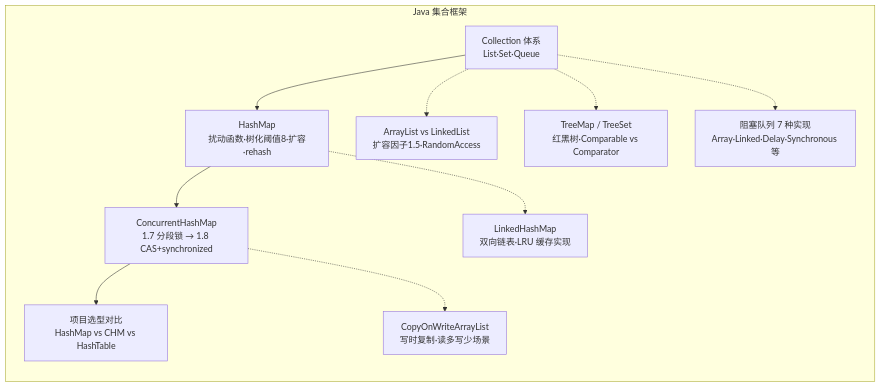
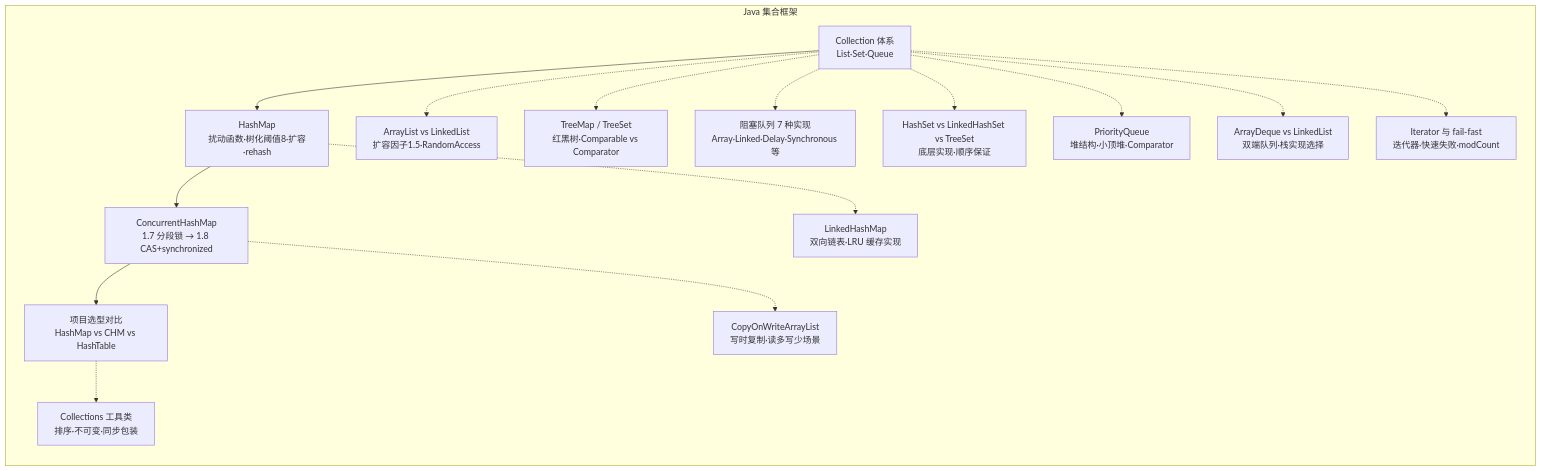
One commit to SongerJia/road-java changed the diagram in 02-JavaCollect/11.md. Above: the diagram before and after it, drawn with Mermaid. The commit also changed other lines of this file and 5 other files, not shown here.

````diff
--- a/02-JavaCollect/11.md
+++ b/02-JavaCollect/11.md
@@ -1,14 +1,19 @@
 ```mermaid
 flowchart TB
     subgraph 集合框架["Java 集合框架"]
         direction TB
         B1["Collection 体系<br/>List·Set·Queue"] --> B2["HashMap<br/>扰动函数·树化阈值8·扩容·rehash"]
         B2 --> B3["ConcurrentHashMap<br/>1.7 分段锁 → 1.8 CAS+synchronized"]
         B3 --> B4["项目选型对比<br/>HashMap vs CHM vs HashTable"]
         B1 -.-> B5["ArrayList vs LinkedList<br/>扩容因子1.5·RandomAccess"]
         B1 -.-> B6["TreeMap / TreeSet<br/>红黑树·Comparable vs Comparator"]
         B2 -.-> B7["LinkedHashMap<br/>双向链表·LRU 缓存实现"]
         B1 -.-> B8["阻塞队列 7 种实现<br/>Array·Linked·Delay·Synchronous 等"]
         B3 -.-> B9["CopyOnWriteArrayList<br/>写时复制·读多写少场景"]
+        B1 -.-> B10["HashSet vs LinkedHashSet vs TreeSet<br/>底层实现·顺序保证"]
+        B1 -.-> B11["PriorityQueue<br/>堆结构·小顶堆·Comparator"]
+        B1 -.-> B12["ArrayDeque vs LinkedList<br/>双端队列·栈实现选择"]
+        B1 -.-> B13["Iterator 与 fail-fast<br/>迭代器·快速失败·modCount"]
+        B4 -.-> B14["Collections 工具类<br/>排序·不可变·同步包装"]
     end
 ```
````
